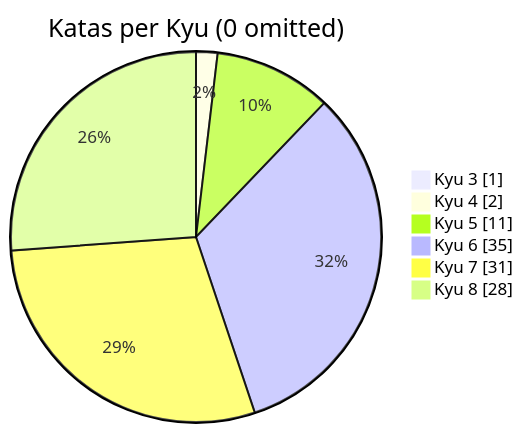
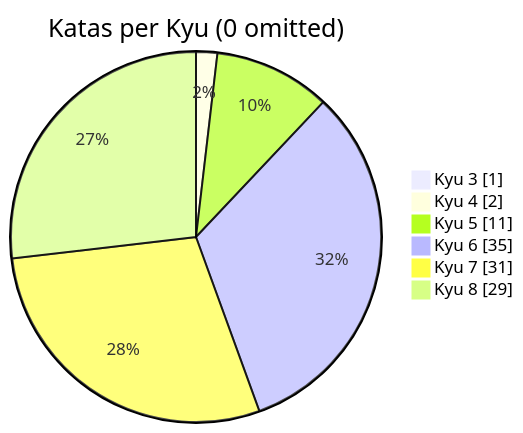
One commit to MauricioLudwig/codewars-typescript changed the diagram in README.md. Above: the diagram before and after it, drawn with Mermaid. The commit also changed other lines of this file, not shown here.

````diff
--- a/README.md
+++ b/README.md
@@ -21,10 +21,10 @@
 ```mermaid
 pie showData
     title Katas per Kyu (0 omitted)
 	"Kyu 3": 1
 	"Kyu 4": 2
 	"Kyu 5": 11
 	"Kyu 6": 35
 	"Kyu 7": 31
-	"Kyu 8": 28
+	"Kyu 8": 29
 ```
````
